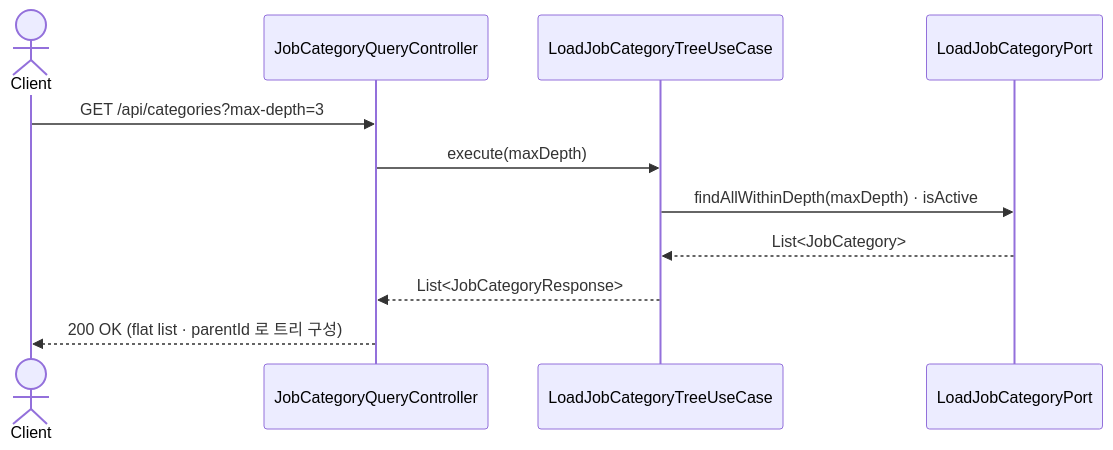
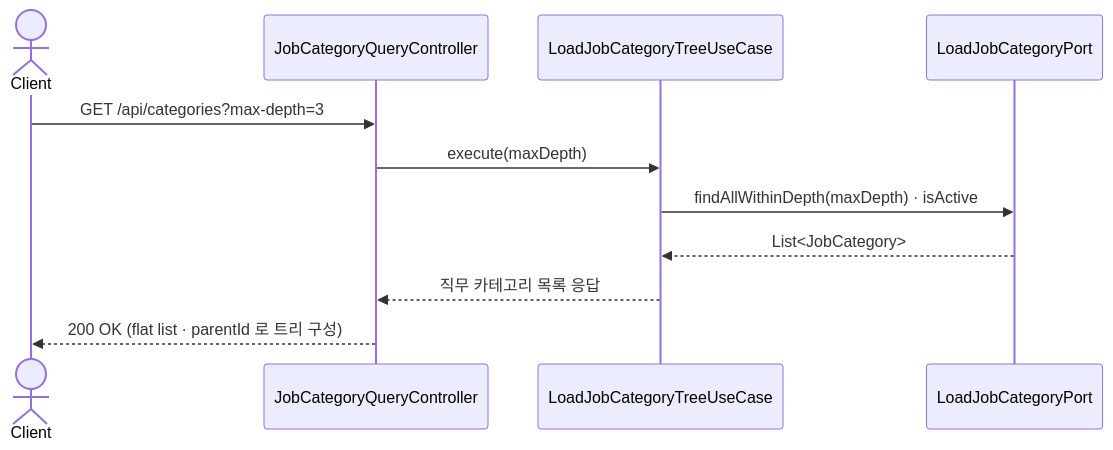
The second of 4 diagrams in docs/diagram/category/job-category-hierarchy.md (hirecore/hirecore-member-server), drawn with Mermaid before and after one commit. The commit also changed other lines of this file and 6 other files, not shown here.

Commit message:
docs: 다이어그램의 낡은 DTO/포트 식별자 갱신 (DTO 중첩·SharedPort 반영)

````diff
--- a/docs/diagram/category/job-category-hierarchy.md
+++ b/docs/diagram/category/job-category-hierarchy.md
@@ -24,14 +24,14 @@
 ```mermaid
 sequenceDiagram
     actor Client
     participant Ctrl as JobCategoryQueryController
     participant UC as LoadJobCategoryTreeUseCase
     participant Repo as LoadJobCategoryPort
 
     Client->>Ctrl: GET /api/categories?max-depth=3
     Ctrl->>UC: execute(maxDepth)
     UC->>Repo: findAllWithinDepth(maxDepth) · isActive
     Repo-->>UC: List<JobCategory>
-    UC-->>Ctrl: List<JobCategoryResponse>
+    UC-->>Ctrl: 직무 카테고리 목록 응답
     Ctrl-->>Client: 200 OK (flat list · parentId 로 트리 구성)
 ```
````
